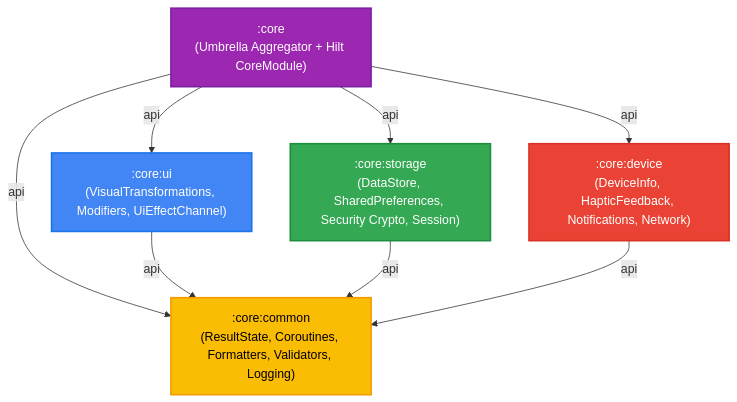
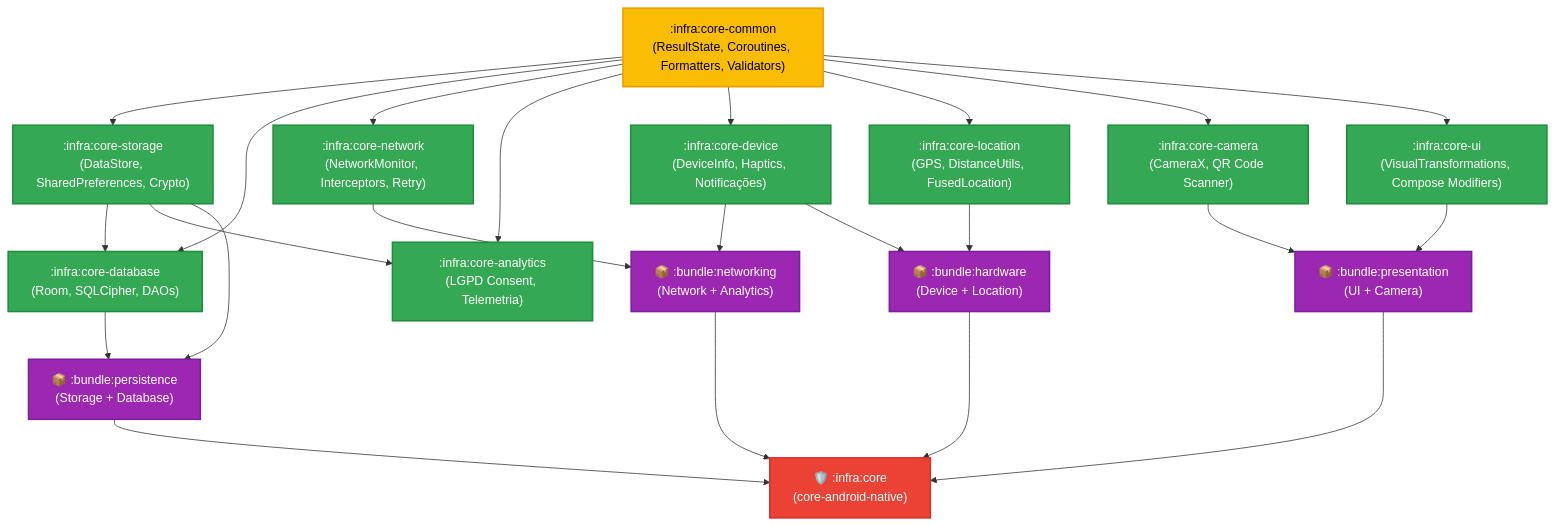
One commit to Gabriel-do-Carmo-97/CoreAndroidNative changed the diagram in README.md. Above: the diagram before and after it, drawn with Mermaid. The commit also changed other lines of this file, not shown here.

Commit message:
docs: update README with full 14-module architecture, bundles, and Dokka docs

````diff
--- a/README.md
+++ b/README.md
@@ -18,23 +19,59 @@
 ```mermaid
 graph TD
-    classDef ui fill:#4285F4,stroke:#1A73E8,stroke-width:2px,color:#fff;
-    classDef storage fill:#34A853,stroke:#1E8E3E,stroke-width:2px,color:#fff;
     classDef common fill:#FBBC04,stroke:#F29900,stroke-width:2px,color:#000;
-    classDef device fill:#EA4335,stroke:#D93025,stroke-width:2px,color:#fff;
-    classDef umbrella fill:#9C27B0,stroke:#7B1FA2,stroke-width:2px,color:#fff;
+    classDef infra fill:#34A853,stroke:#1E8E3E,stroke-width:2px,color:#fff;
+    classDef bundle fill:#9C27B0,stroke:#7B1FA2,stroke-width:2px,color:#fff;
+    classDef umbrella fill:#EA4335,stroke:#D93025,stroke-width:2px,color:#fff;
 
-    Umbrella[":core<br/>(Umbrella Aggregator + Hilt CoreModule)"]:::umbrella
-    CoreUI[":core:ui<br/>(VisualTransformations, Modifiers, UiEffectChannel)"]:::ui
-    CoreStorage[":core:storage<br/>(DataStore, SharedPreferences, Security Crypto, Session)"]:::storage
-    CoreDevice[":core:device<br/>(DeviceInfo, HapticFeedback, Notifications, Network)"]:::device
-    CoreCommon[":core:common<br/>(ResultState, Coroutines, Formatters, Validators, Logging)"]:::common
+    %% Base
+    Common[":infra:core-common<br/>(ResultState, Coroutines, Formatters, Validators)"]:::common
 
-    Umbrella -->|api| CoreUI
-    Umbrella -->|api| CoreStorage
-    Umbrella -->|api| CoreDevice
-    Umbrella -->|api| CoreCommon
+    %% Infra
+    Storage[":infra:core-storage<br/>(DataStore, SharedPreferences, Crypto)"]:::infra
+    Database[":infra:core-database<br/>(Room, SQLCipher, DAOs)"]:::infra
+    Network[":infra:core-network<br/>(NetworkMonitor, Interceptors, Retry)"]:::infra
+    Analytics[":infra:core-analytics<br/>(LGPD Consent, Telemetria)"]:::infra
+    Device[":infra:core-device<br/>(DeviceInfo, Haptics, Notificações)"]:::infra
+    Location[":infra:core-location<br/>(GPS, DistanceUtils, FusedLocation)"]:::infra
+    Camera[":infra:core-camera<br/>(CameraX, QR Code Scanner)"]:::infra
+    UI[":infra:core-ui<br/>(VisualTransformations, Compose Modifiers)"]:::infra
 
-    CoreUI -->|api| CoreCommon
-    CoreStorage -->|api| CoreCommon
-    CoreDevice -->|api| CoreCommon
+    %% Bundles
+    BundlePersist["📦 :bundle:persistence<br/>(Storage + Database)"]:::bundle
+    BundleNet["📦 :bundle:networking<br/>(Network + Analytics)"]:::bundle
+    BundlePres["📦 :bundle:presentation<br/>(UI + Camera)"]:::bundle
+    BundleHW["📦 :bundle:hardware<br/>(Device + Location)"]:::bundle
+
+    %% Umbrella
+    Umbrella["🛡️ :infra:core<br/>(core-android-native)"]:::umbrella
+
+    %% Conexões
+    Common --> Storage
+    Common --> Database
+    Common --> Network
+    Common --> Analytics
+    Common --> Device
+    Common --> Location
+    Common --> Camera
+    Common --> UI
+
+    Storage --> Database
+    Storage --> Analytics
+
+    Storage --> BundlePersist
+    Database --> BundlePersist
+
+    Device --> BundleNet
+    Network --> BundleNet
+
+    UI --> BundlePres
+    Camera --> BundlePres
+
+    Device --> BundleHW
+    Location --> BundleHW
+
+    BundlePersist --> Umbrella
+    BundleNet --> Umbrella
+    BundlePres --> Umbrella
+    BundleHW --> Umbrella
 ```
````
